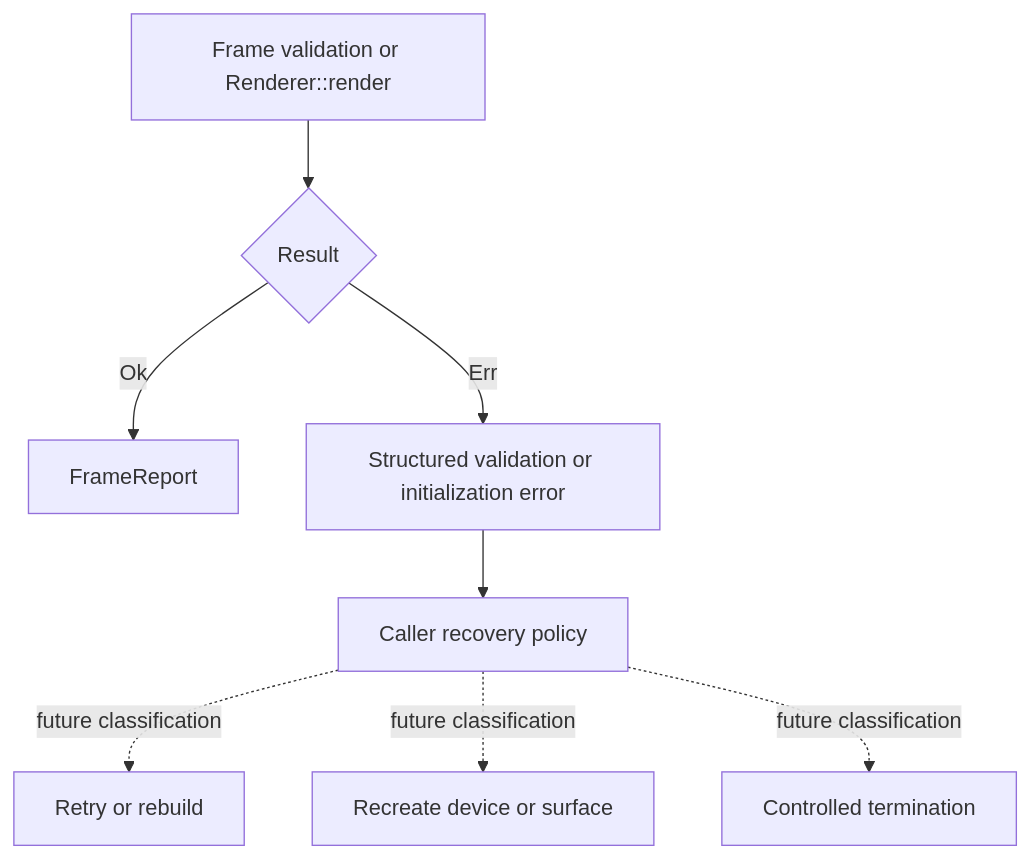
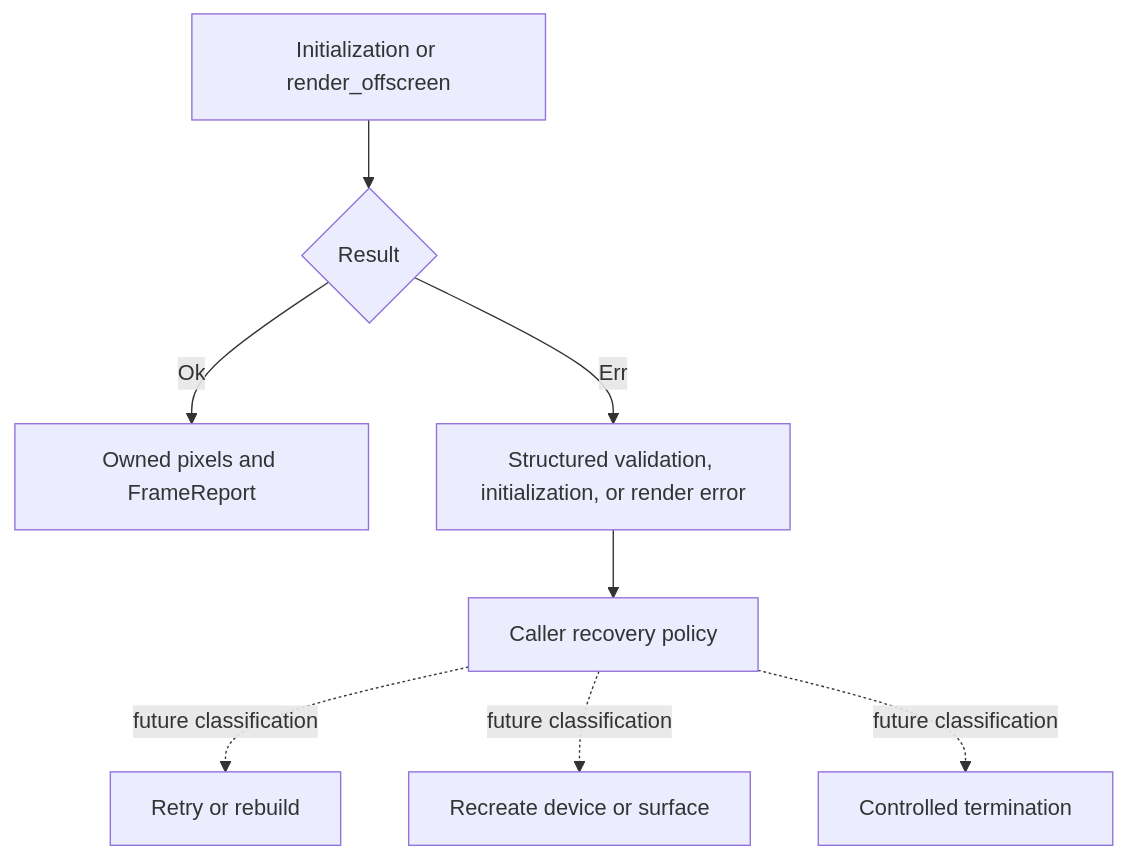
Before and after one commit to dbuddha/alpine-gpui: the sixth of 7 diagrams in ARCHITECTURE.md, drawn with Mermaid. The commit also changed other lines of this file and 12 other files, not shown here.

````diff
--- a/ARCHITECTURE.md
+++ b/ARCHITECTURE.md
@@ -222,10 +241,10 @@
 ```mermaid
 flowchart TD
-    call["Frame validation or Renderer::render"] --> outcome{"Result"}
-    outcome -->|"Ok"| report["FrameReport"]
-    outcome -->|"Err"| backend_error["Structured validation or initialization error"]
+    call["Initialization or render_offscreen"] --> outcome{"Result"}
+    outcome -->|"Ok"| report["Owned pixels and FrameReport"]
+    outcome -->|"Err"| backend_error["Structured validation, initialization, or render error"]
     backend_error --> caller["Caller recovery policy"]
     caller -. "future classification" .-> retry["Retry or rebuild"]
     caller -. "future classification" .-> recreate["Recreate device or surface"]
     caller -. "future classification" .-> terminate["Controlled termination"]
 ```
````
